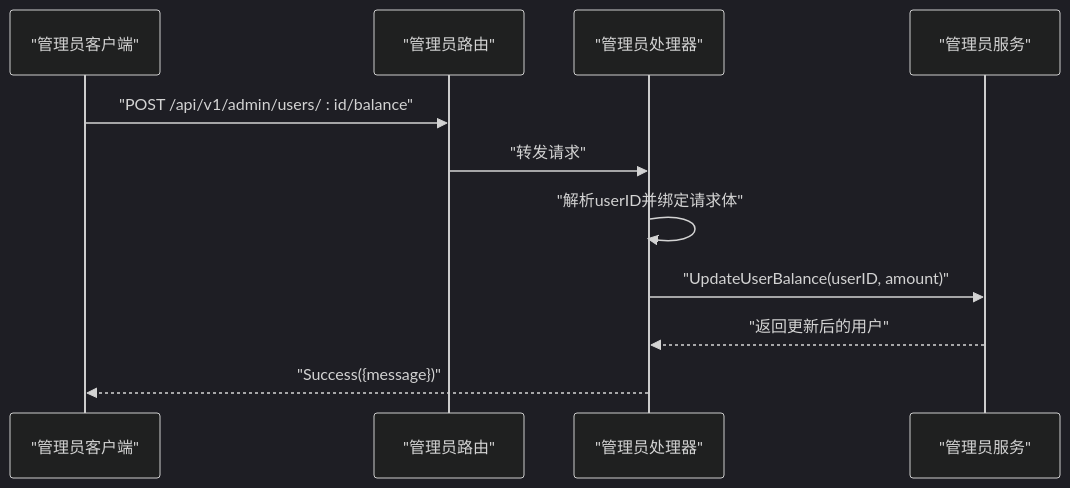
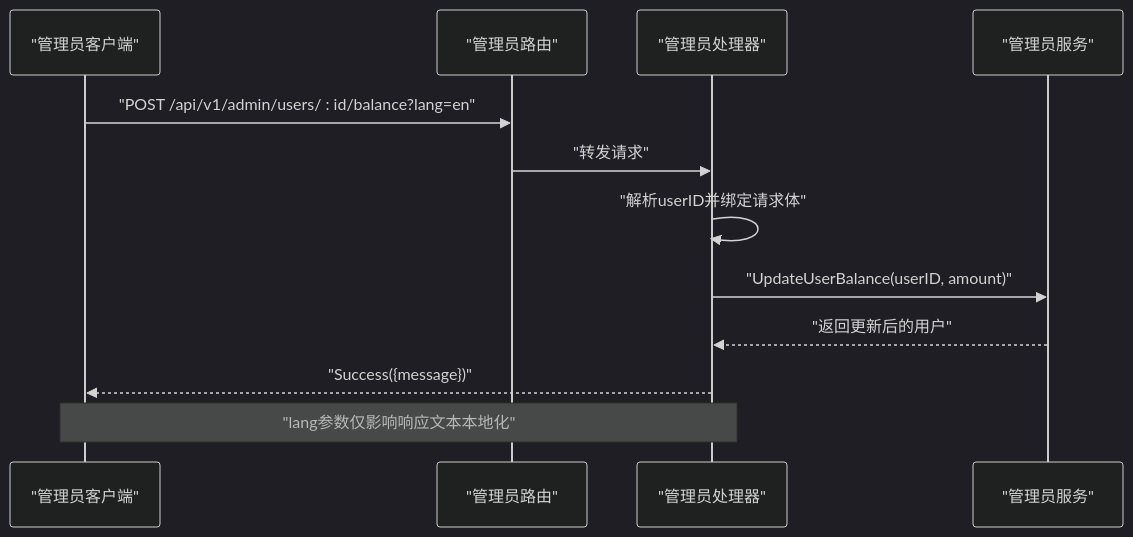
Before and after one commit to ai-poet/sub2api: the fourth of 9 diagrams in .qoder/repowiki/zh/content/API参考文档/用户管理API.md, drawn with Mermaid (dark theme). The commit also changed other lines of this file and 30 other files, not shown here.

````diff
--- a/.qoder/repowiki/zh/content/API参考文档/用户管理API.md
+++ b/.qoder/repowiki/zh/content/API参考文档/用户管理API.md
@@ -178,13 +210,14 @@
 ```mermaid
 sequenceDiagram
 participant Admin as "管理员客户端"
 participant AR as "管理员路由"
 participant AH as "管理员处理器"
 participant AS as "管理员服务"
-Admin->>AR : "POST /api/v1/admin/users/ : id/balance"
+Admin->>AR : "POST /api/v1/admin/users/ : id/balance?lang=en"
 AR->>AH : "转发请求"
 AH->>AH : "解析userID并绑定请求体"
 AH->>AS : "UpdateUserBalance(userID, amount)"
 AS-->>AH : "返回更新后的用户"
 AH-->>Admin : "Success({message})"
+Note over AH,Admin : "lang参数仅影响响应文本本地化"
 ```
````
